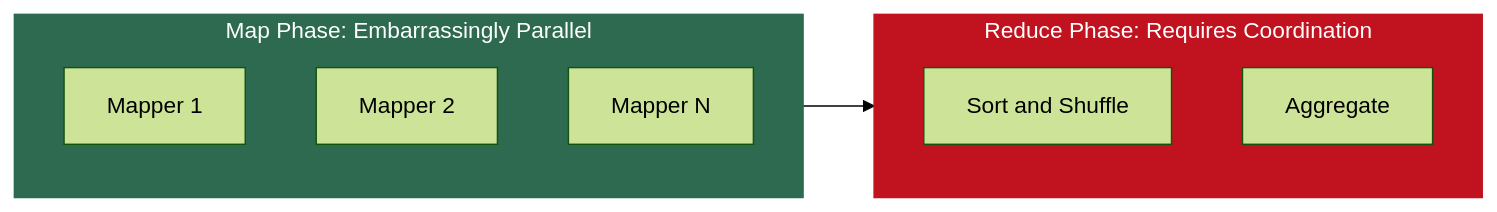
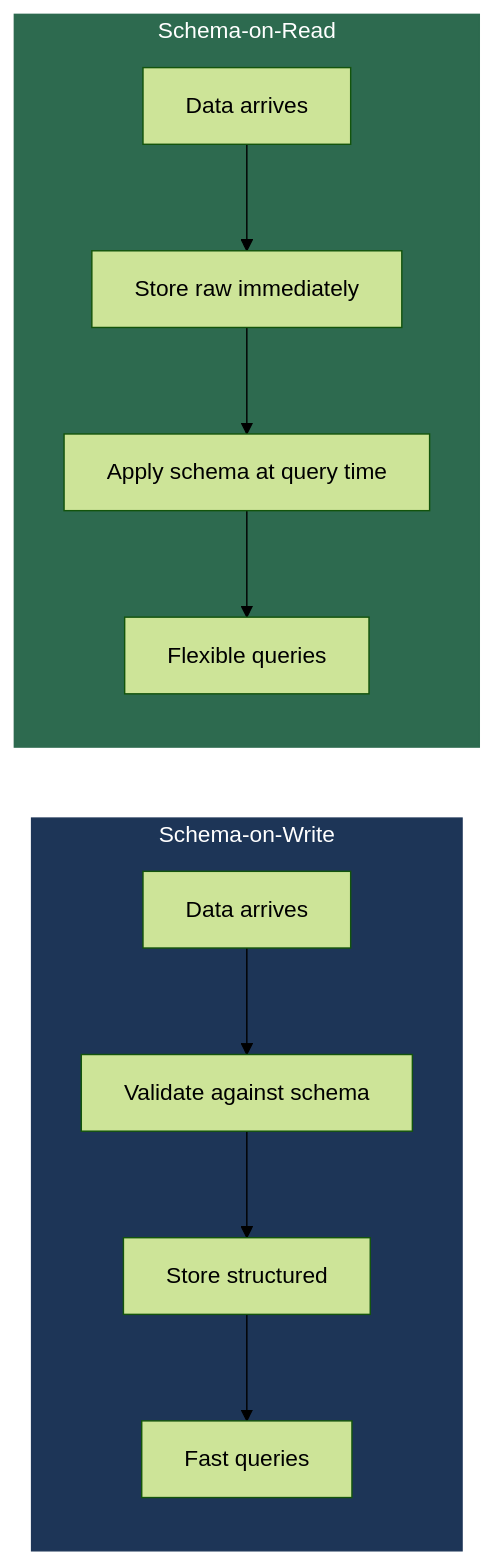
Before and after one commit to MuhammadTahaNasir/Big-Data-Analytics-Notes: the sixth of 8 diagrams in Week1/Lecture2_Hardware_Moores_Amdahls.md, drawn with Mermaid (forest theme). The commit also changed other lines of this file, not shown here.

````diff
--- a/Week1/Lecture2_Hardware_Moores_Amdahls.md
+++ b/Week1/Lecture2_Hardware_Moores_Amdahls.md
@@ -290,17 +290,14 @@
 ```mermaid
 flowchart LR
-    subgraph MAP[Map Phase: Embarrassingly Parallel]
-        M1[Mapper 1] 
-        M2[Mapper 2]
-        M3[Mapper N]
+    subgraph SOW[Schema-on-Write]
+        W1[Data arrives] --> W2[Validate against schema] --> W3[Store structured]
+        W3 --> W4[Fast queries]
     end
-    subgraph RED[Reduce Phase: Requires Coordination]
-        R1[Sort and Shuffle]
-        R2[Aggregate]
+    subgraph SOR[Schema-on-Read]
+        R1[Data arrives] --> R2[Store raw immediately] --> R3[Apply schema at query time]
+        R3 --> R4[Flexible queries]
     end
 
-    MAP --> RED
-
-    style MAP fill:#2d6a4f,color:#fff,stroke:#2d6a4f
-    style RED fill:#c1121f,color:#fff,stroke:#c1121f
+    style SOW fill:#1d3557,color:#fff,stroke:#1d3557
+    style SOR fill:#2d6a4f,color:#fff,stroke:#2d6a4f
 ```
````
